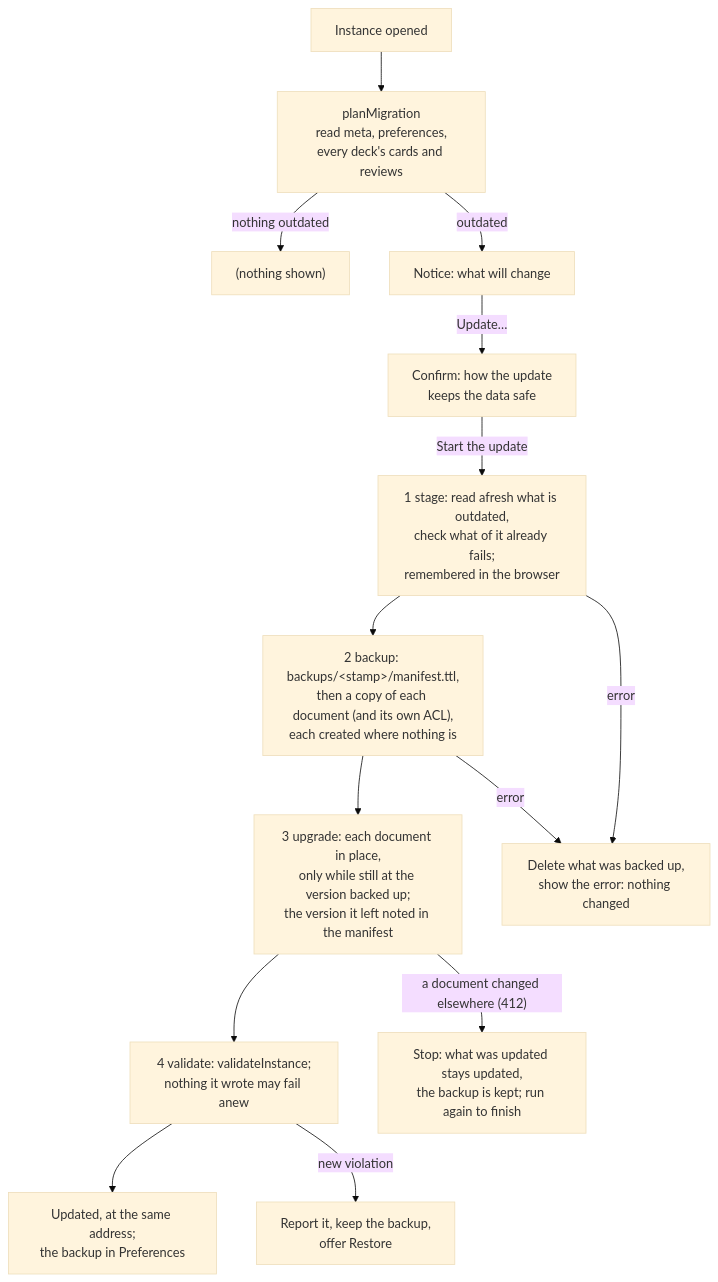
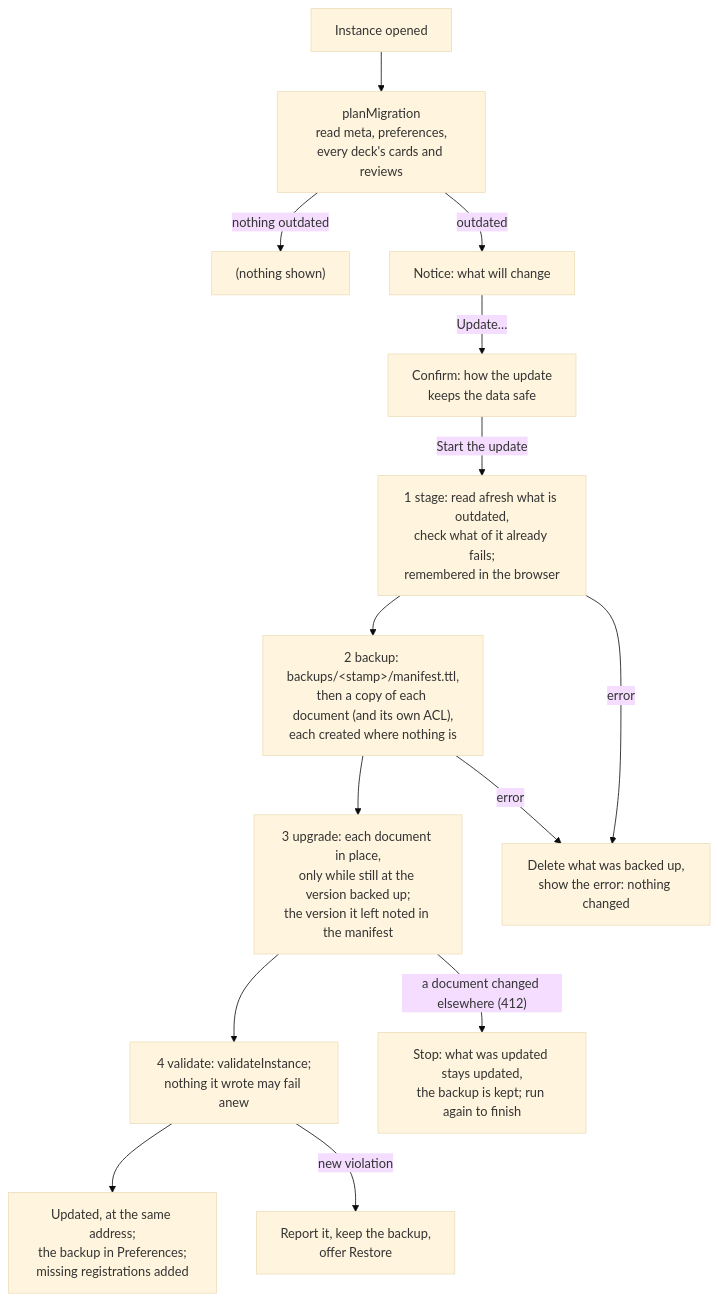
Before and after one commit to solid-memo/website: the second of 3 diagrams in docs/migrations.md, drawn with Mermaid (base theme). The commit also changed other lines of this file and 26 other files, not shown here.

````diff
--- a/docs/migrations.md
+++ b/docs/migrations.md
@@ -292,15 +293,15 @@
 ```mermaid
 flowchart TD
     open["Instance opened"] --> plan["planMigration<br/>read meta, preferences,<br/>every deck's cards and reviews"]
     plan -->|nothing outdated| quiet["(nothing shown)"]
     plan -->|outdated| notice["Notice: what will change"]
     notice -->|Update…| confirm["Confirm: how the update<br/>keeps the data safe"]
     confirm -->|Start the update| stage["1 stage: read afresh what is outdated,<br/>check what of it already fails;<br/>remembered in the browser"]
     stage --> backup["2 backup: backups/&lt;stamp&gt;/manifest.ttl,<br/>then a copy of each document (and its own ACL),<br/>each created where nothing is"]
     backup --> upgrade["3 upgrade: each document in place,<br/>only while still at the version backed up;<br/>the version it left noted in the manifest"]
     upgrade --> validate["4 validate: validateInstance;<br/>nothing it wrote may fail anew"]
-    validate --> done["Updated, at the same address;<br/>the backup in Preferences"]
+    validate --> done["Updated, at the same address;<br/>the backup in Preferences;<br/>missing registrations added"]
     stage & backup -->|error| clean["Delete what was backed up,<br/>show the error: nothing changed"]
     upgrade -->|"a document changed elsewhere (412)"| partly["Stop: what was updated stays updated,<br/>the backup is kept; run again to finish"]
     validate -->|new violation| offer["Report it, keep the backup,<br/>offer Restore"]
 ```
````
